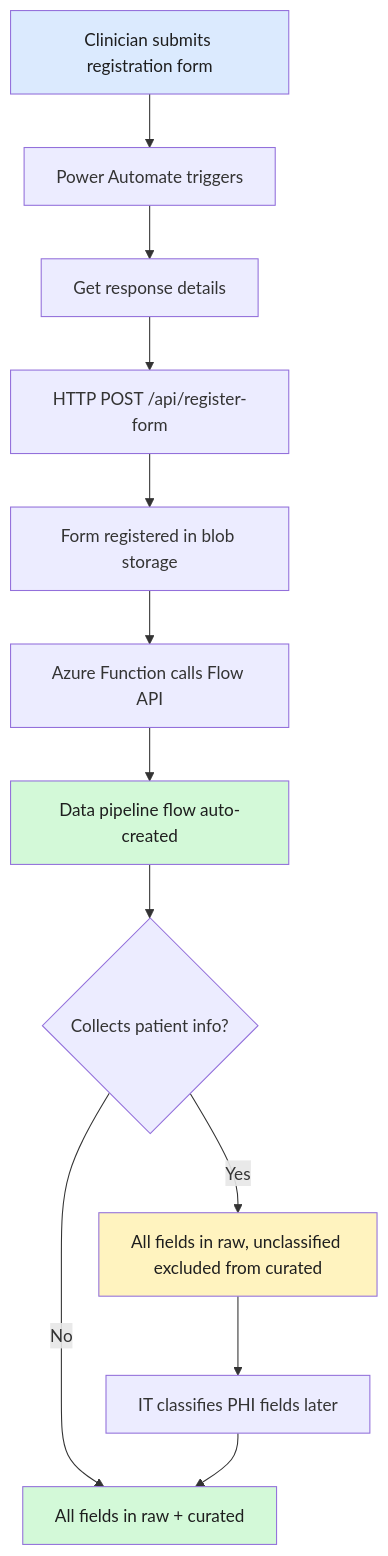
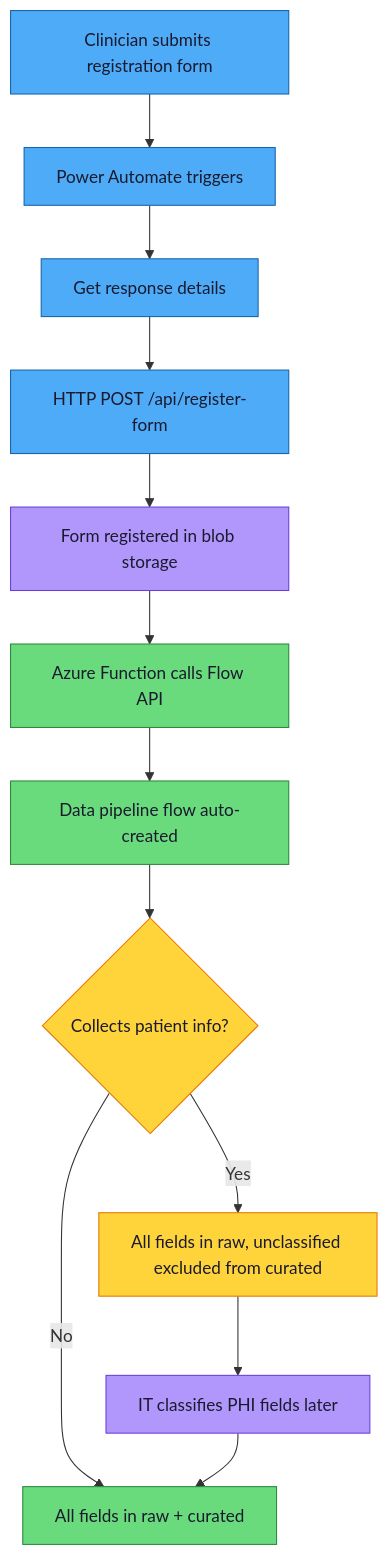
The second of 2 diagrams in docs/registration-form-template.md (michaelhuot-msft/forms-to-fabric), drawn with Mermaid before and after one commit. The commit also changed other lines of this file and 2 other files, not shown here.

Commit message:
Adopt standard dual-mode Mermaid palette across all diagrams
Applied the standard WCAG-compliant palette from copilot
instructions template:
- Primary (#4dabf7), Success (#69db7c), Warning (#ffd43b),
  Danger (#ff8787), Info (#b197fc), Neutral (#ced4da)
- All visible on light AND dark backgrounds
- Replaced ad-hoc style directives with classDef classes

Updated: copilot-instructions.md (full palette guide),
registration-form-template.md (2 diagrams),
rollout-checklist.md (1 diagram)

Banned: fill:#dbeafe, fill:#d3f9d8, fill:#1e1e1e (invisible on dark)

````diff
--- a/docs/registration-form-template.md
+++ b/docs/registration-form-template.md
@@ -151,19 +158,33 @@
 ```mermaid
 flowchart TD
     A[Clinician submits registration form] --> B[Power Automate triggers]
     B --> C[Get response details]
     C --> D[HTTP POST /api/register-form]
     D --> E[Form registered in blob storage]
     E --> F[Azure Function calls Flow API]
     F --> G[Data pipeline flow auto-created]
     G --> H{Collects patient info?}
     H -- No --> I[All fields in raw + curated]
     H -- Yes --> J[All fields in raw, unclassified excluded from curated]
     J --> K[IT classifies PHI fields later]
     K --> I
 
-    style A fill:#dbeafe,color:#1e1e1e
-    style G fill:#d3f9d8,color:#1e1e1e
-    style I fill:#d3f9d8,color:#1e1e1e
-    style J fill:#fff3bf,color:#1e1e1e
+    classDef primary fill:#4dabf7,stroke:#1864ab,color:#1a1a2e
+    classDef success fill:#69db7c,stroke:#2b8a3e,color:#1a1a2e
+    classDef warning fill:#ffd43b,stroke:#e67700,color:#1a1a2e
+    classDef danger fill:#ff8787,stroke:#c92a2a,color:#1a1a2e
+    classDef info fill:#b197fc,stroke:#6741d9,color:#1a1a2e
+    classDef neutral fill:#ced4da,stroke:#495057,color:#1a1a2e
+
+    A:::primary
+    B:::primary
+    C:::primary
+    D:::primary
+    E:::info
+    F:::success
+    G:::success
+    H:::warning
+    I:::success
+    J:::warning
+    K:::info
 ```
````
